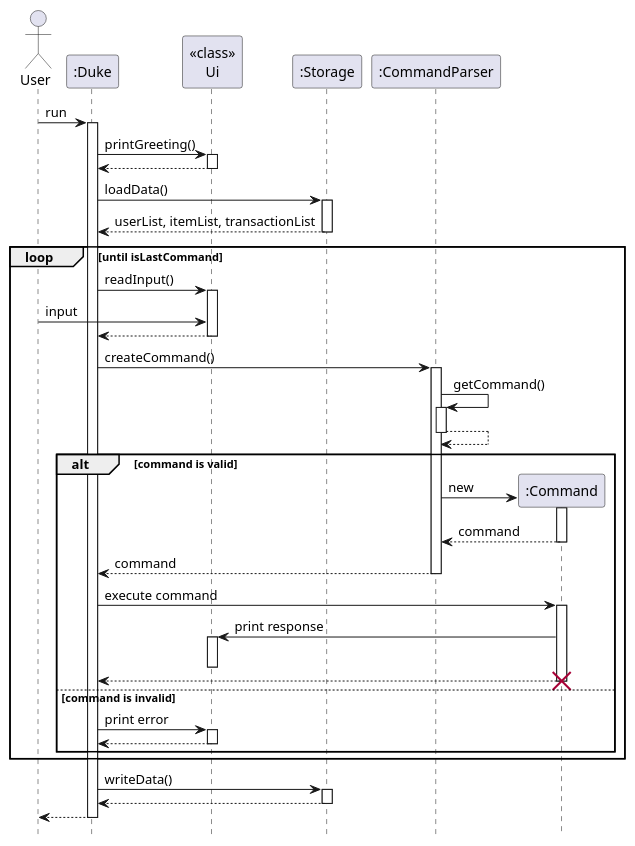
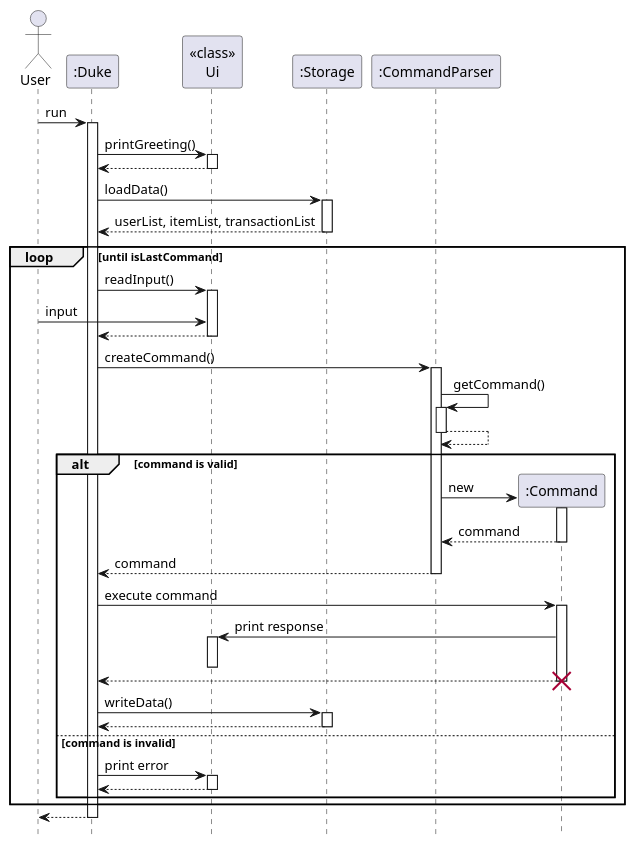
The diagram in docs/diagrams/duke/DukeSequence.puml (nus-cs2113-AY2223S1/tp), drawn with PlantUML before and after one commit. The commit also changed 23 other files, not shown here.

```diff
--- a/docs/diagrams/duke/DukeSequence.puml
+++ b/docs/diagrams/duke/DukeSequence.puml
@@ -1,54 +1,53 @@
 @startuml
 hide footbox
 
 Actor User
 User -> ":Duke" : run
 activate ":Duke"
 ":Duke" -> "<<class>>\nUi" : printGreeting()
 activate "<<class>>\nUi"
 "<<class>>\nUi" --> ":Duke"
 deactivate "<<class>>\nUi"
 ":Duke" -> ":Storage" : loadData()
 activate ":Storage"
 return userList, itemList, transactionList
 loop until isLastCommand
     ":Duke" -> "<<class>>\nUi": readInput()
     activate "<<class>>\nUi"
     User -> "<<class>>\nUi":input
     return
     ":Duke" -> ":CommandParser" : createCommand()
     activate ":CommandParser"
     ":CommandParser" -> ":CommandParser" : getCommand()
     activate ":CommandParser"
     ":CommandParser" --> ":CommandParser"
     deactivate ":CommandParser"
 
     alt command is valid
         ":CommandParser" -> ":Command"**: new
         activate ":Command"
         return command
         return command
         ":Duke" -> ":Command" : execute command
         activate ":Command"
         ":Command" -> "<<class>>\nUi": print response
         activate "<<class>>\nUi"
         deactivate "<<class>>\nUi"
         ":Command" --> ":Duke"
         deactivate ":Command"
         destroy ":Command"
+        ":Duke" -> ":Storage" : writeData()
+        activate ":Storage"
+        return
 
     else command is invalid
         ":Duke" -> "<<class>>\nUi" : print error
         activate "<<class>>\nUi"
         "<<class>>\nUi" --> ":Duke"
         deactivate "<<class>>\nUi"
     end
 end
-
-":Duke" -> ":Storage" : writeData()
-activate ":Storage"
-return
 ":Duke" --> "User"
 deactivate ":Duke"
 
 @enduml
```
